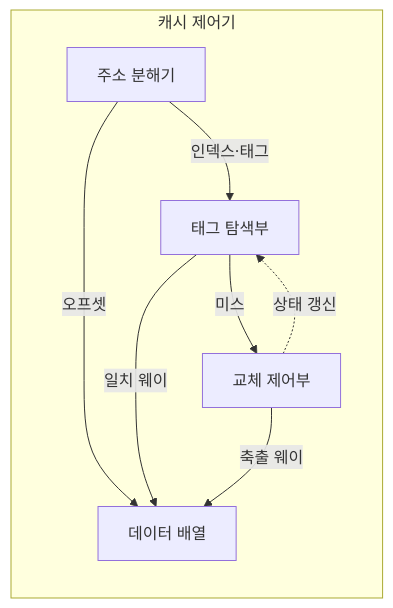
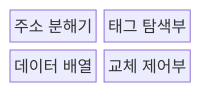
Before and after one commit to agnusdei1207/knowledge-base: the first of 2 diagrams in src/content/docs/notes/02-hardware/012_cache_memory_mapping.md, drawn with Mermaid. The commit also changed other lines of this file and 20 other files, not shown here.

````diff
--- a/src/content/docs/notes/02-hardware/012_cache_memory_mapping.md
+++ b/src/content/docs/notes/02-hardware/012_cache_memory_mapping.md
@@ -75,11 +73,8 @@
 ```mermaid
-flowchart LR
-    subgraph CC["캐시 제어기"]
-        A[주소 분해기] -->|인덱스·태그| T[태그 탐색부]
-        A -->|오프셋| D[데이터 배열]
-        T -->|일치 웨이| D
-        T -->|미스| R[교체 제어부]
-        R -->|축출 웨이| D
-        R -. 상태 갱신 .-> T
-    end
+block
+    columns 2
+    A["주소 분해기"]
+    T["태그 탐색부"]
+    D["데이터 배열"]
+    R["교체 제어부"]
 ```
````
